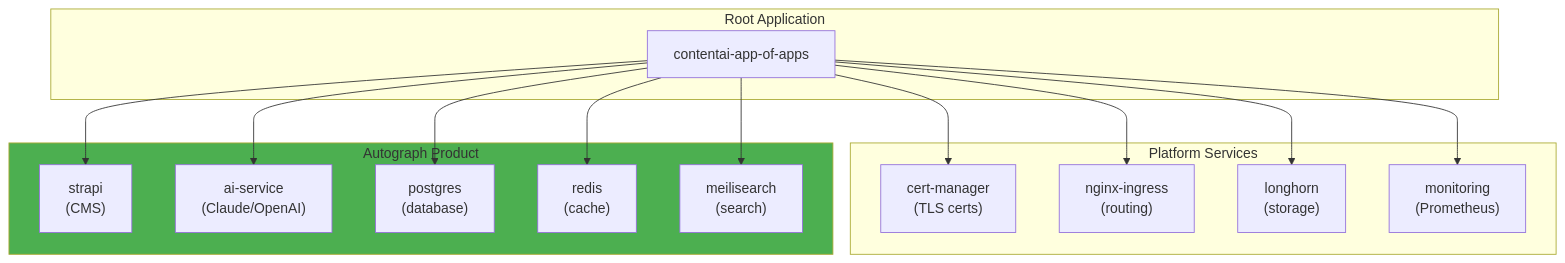
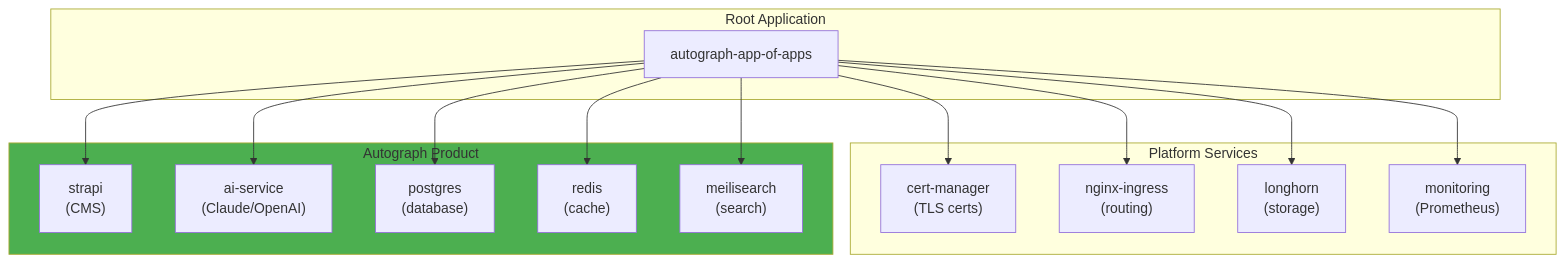
The sixth of 10 diagrams in DevOps/02-Engineering/05-GitOps.md (PearlThoughtsInternship/Internship-Obsidian-Vault), drawn with Mermaid before and after one commit. The commit also changed other lines of this file and 7 other files, not shown here.

````diff
--- a/DevOps/02-Engineering/05-GitOps.md
+++ b/DevOps/02-Engineering/05-GitOps.md
@@ -232,33 +232,33 @@
 ```mermaid
 flowchart TB
     subgraph Root["Root Application"]
-        AOA["contentai-app-of-apps"]
+        AOA["autograph-app-of-apps"]
     end
 
     subgraph Platform["Platform Services"]
         CERT["cert-manager\n(TLS certs)"]
         ING["nginx-ingress\n(routing)"]
         LH["longhorn\n(storage)"]
         MON["monitoring\n(Prometheus)"]
     end
 
     subgraph Autograph["Autograph Product"]
         STRAPI["strapi\n(CMS)"]
         AI["ai-service\n(Claude/OpenAI)"]
         PG["postgres\n(database)"]
         REDIS["redis\n(cache)"]
         MEILI["meilisearch\n(search)"]
     end
 
     AOA --> CERT
     AOA --> ING
     AOA --> LH
     AOA --> MON
     AOA --> STRAPI
     AOA --> AI
     AOA --> PG
     AOA --> REDIS
     AOA --> MEILI
 
     style Autograph fill:#4CAF50
 ```
````
